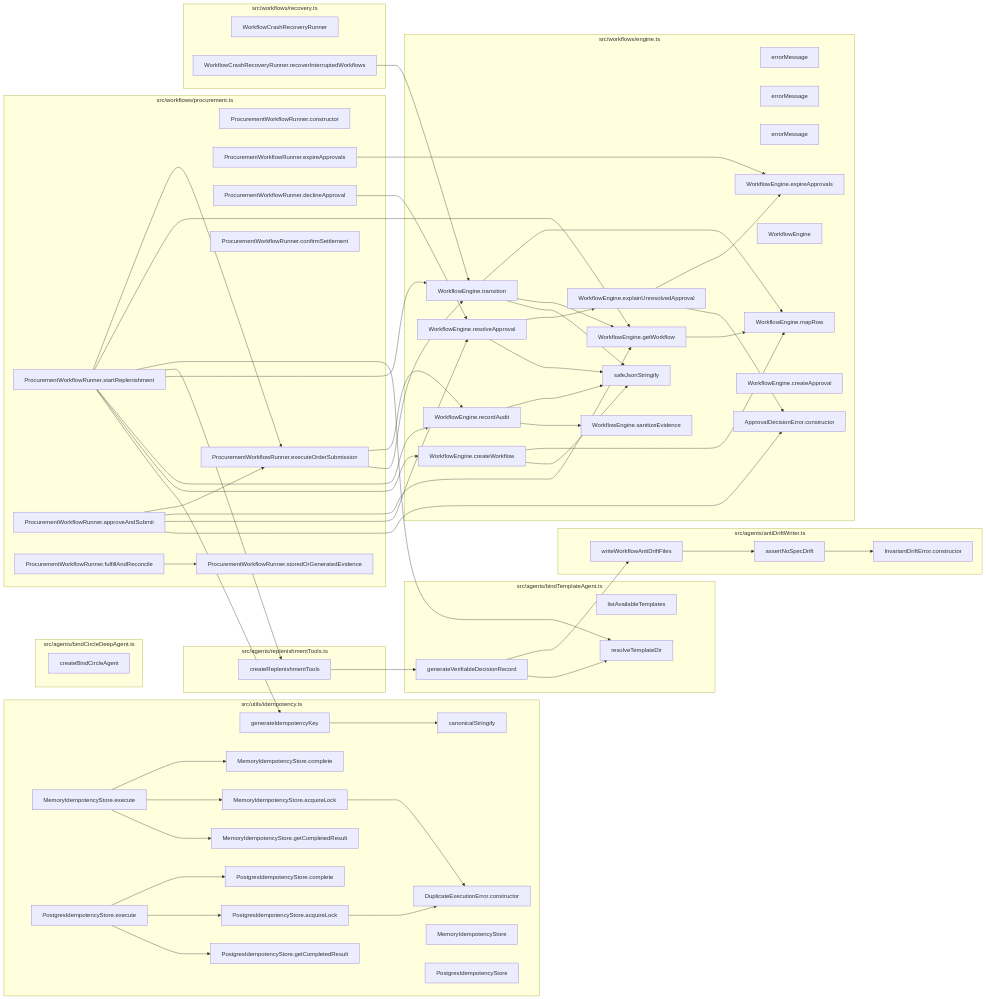
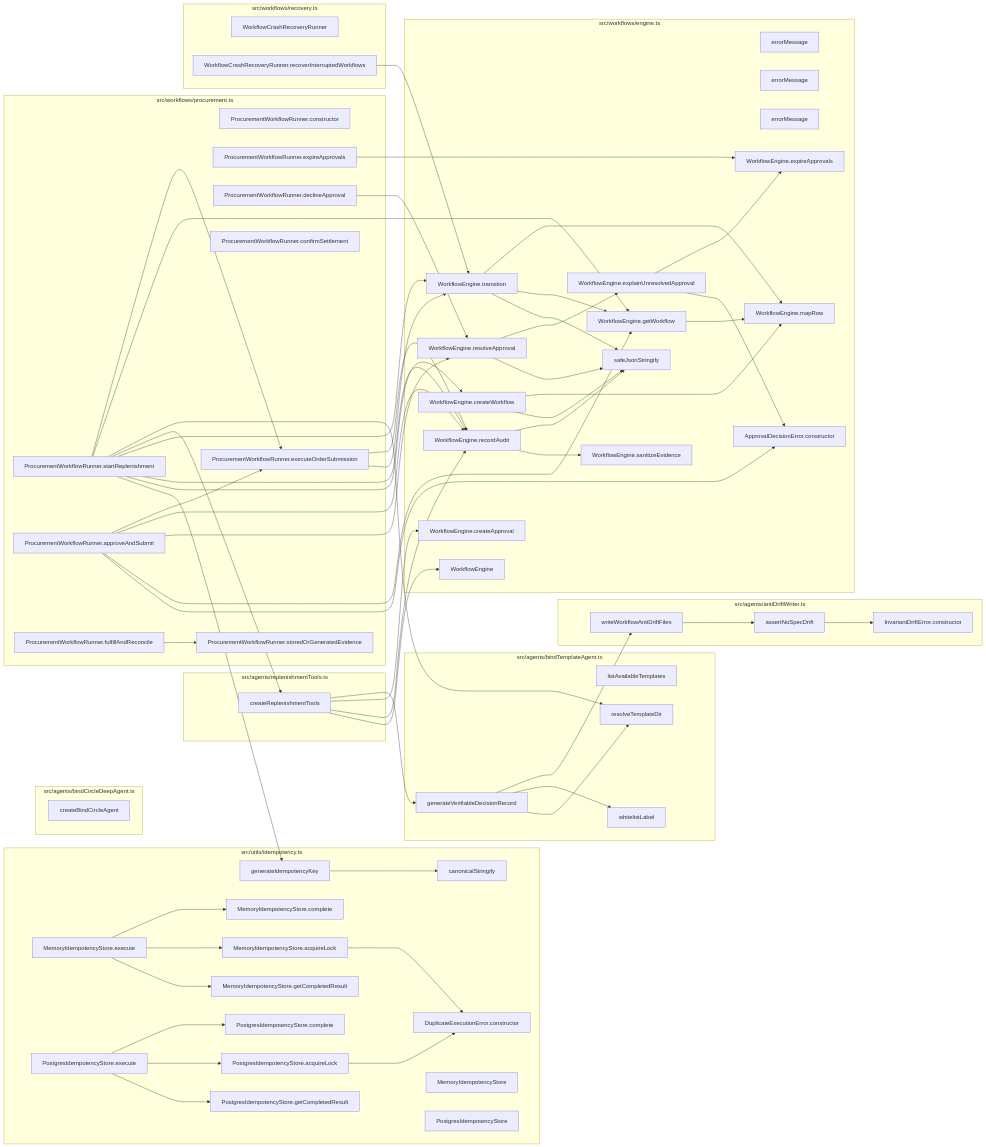
The seventh of 8 diagrams in docs/CODEBASE_MAP.md (Jaydearcadian/bind), drawn with Mermaid before and after one commit. The commit also changed other lines of this file and 17 other files, not shown here.

````diff
--- a/docs/CODEBASE_MAP.md
+++ b/docs/CODEBASE_MAP.md
@@ -479,101 +480,107 @@
   subgraph F2["src/agents/bindTemplateAgent.ts"]
     n79["listAvailableTemplates"]
     n80["resolveTemplateDir"]
-    n81["generateVerifiableDecisionRecord"]
+    n81["whitelistLabel"]
+    n82["generateVerifiableDecisionRecord"]
   end
   subgraph F3["src/agents/replenishmentTools.ts"]
-    n83["createReplenishmentTools"]
+    n84["createReplenishmentTools"]
   end
   subgraph F4["src/utils/idempotency.ts"]
-    n152["DuplicateExecutionError.constructor"]
-    n153["canonicalStringify"]
-    n154["generateIdempotencyKey"]
-    n155["MemoryIdempotencyStore"]
-    n156["MemoryIdempotencyStore.acquireLock"]
-    n157["MemoryIdempotencyStore.complete"]
-    n158["MemoryIdempotencyStore.getCompletedResult"]
-    n159["MemoryIdempotencyStore.execute"]
-    n160["PostgresIdempotencyStore"]
-    n161["PostgresIdempotencyStore.acquireLock"]
-    n162["PostgresIdempotencyStore.complete"]
-    n163["PostgresIdempotencyStore.getCompletedResult"]
-    n164["PostgresIdempotencyStore.execute"]
+    n158["DuplicateExecutionError.constructor"]
+    n159["canonicalStringify"]
+    n160["generateIdempotencyKey"]
+    n161["MemoryIdempotencyStore"]
+    n162["MemoryIdempotencyStore.acquireLock"]
+    n163["MemoryIdempotencyStore.complete"]
+    n164["MemoryIdempotencyStore.getCompletedResult"]
+    n165["MemoryIdempotencyStore.execute"]
+    n166["PostgresIdempotencyStore"]
+    n167["PostgresIdempotencyStore.acquireLock"]
+    n168["PostgresIdempotencyStore.complete"]
+    n169["PostgresIdempotencyStore.getCompletedResult"]
+    n170["PostgresIdempotencyStore.execute"]
   end
   subgraph F5["src/workflows/engine.ts"]
-    n165["safeJsonStringify"]
-    n166["errorMessage"]
-    n167["errorMessage"]
-    n168["errorMessage"]
-    n169["ApprovalDecisionError.constructor"]
-    n170["WorkflowEngine"]
-    n171["WorkflowEngine.mapRow"]
-    n172["WorkflowEngine.createWorkflow"]
-    n173["WorkflowEngine.getWorkflow"]
-    n174["WorkflowEngine.transition"]
-    n175["WorkflowEngine.recordAudit"]
-    n176["WorkflowEngine.createApproval"]
-    n177["WorkflowEngine.resolveApproval"]
-    n178["WorkflowEngine.expireApprovals"]
-    n179["WorkflowEngine.explainUnresolvedApproval"]
-    n180["WorkflowEngine.sanitizeEvidence"]
+    n171["safeJsonStringify"]
+    n172["errorMessage"]
+    n173["errorMessage"]
+    n174["errorMessage"]
+    n175["ApprovalDecisionError.constructor"]
+    n176["WorkflowEngine"]
+    n177["WorkflowEngine.mapRow"]
+    n178["WorkflowEngine.createWorkflow"]
+    n179["WorkflowEngine.getWorkflow"]
+    n180["WorkflowEngine.transition"]
+    n181["WorkflowEngine.recordAudit"]
+    n182["WorkflowEngine.createApproval"]
+    n183["WorkflowEngine.resolveApproval"]
+    n184["WorkflowEngine.expireApprovals"]
+    n185["WorkflowEngine.explainUnresolvedApproval"]
+    n186["WorkflowEngine.sanitizeEvidence"]
   end
   subgraph F6["src/workflows/procurement.ts"]
-    n181["ProcurementWorkflowRunner.constructor"]
-    n182["ProcurementWorkflowRunner.startReplenishment"]
-    n183["ProcurementWorkflowRunner.approveAndSubmit"]
-    n184["ProcurementWorkflowRunner.expireApprovals"]
-    n185["ProcurementWorkflowRunner.declineApproval"]
-    n186["ProcurementWorkflowRunner.executeOrderSubmission"]
-    n187["ProcurementWorkflowRunner.fulfillAndReconcile"]
-    n188["ProcurementWorkflowRunner.confirmSettlement"]
-    n189["ProcurementWorkflowRunner.storedOrGeneratedEvidence"]
+    n187["ProcurementWorkflowRunner.constructor"]
+    n188["ProcurementWorkflowRunner.startReplenishment"]
+    n189["ProcurementWorkflowRunner.approveAndSubmit"]
+    n190["ProcurementWorkflowRunner.expireApprovals"]
+    n191["ProcurementWorkflowRunner.declineApproval"]
+    n192["ProcurementWorkflowRunner.executeOrderSubmission"]
+    n193["ProcurementWorkflowRunner.fulfillAndReconcile"]
+    n194["ProcurementWorkflowRunner.confirmSettlement"]
+    n195["ProcurementWorkflowRunner.storedOrGeneratedEvidence"]
   end
   subgraph F7["src/workflows/recovery.ts"]
-    n190["WorkflowCrashRecoveryRunner"]
-    n191["WorkflowCrashRecoveryRunner.recoverInterruptedWorkflows"]
+    n196["WorkflowCrashRecoveryRunner"]
+    n197["WorkflowCrashRecoveryRunner.recoverInterruptedWorkflows"]
   end
   n76 --> n75
   n77 --> n76
-  n81 --> n80
-  n81 --> n77
-  n83 --> n81
-  n154 --> n153
-  n156 --> n152
-  n159 --> n158
-  n159 --> n156
-  n159 --> n157
-  n161 --> n152
-  n164 --> n163
-  n164 --> n161
-  n164 --> n162
-  n172 --> n165
-  n172 --> n171
-  n173 --> n171
-  n174 --> n165
-  n174 --> n173
-  n174 --> n171
-  n175 --> n180
-  n175 --> n165
-  n177 --> n165
-  n177 --> n179
-  n179 --> n169
-  n179 --> n178
-  n182 --> n154
-  n182 --> n172
-  n182 --> n175
-  n182 --> n174
-  n182 --> n83
-  n182 --> n80
-  n182 --> n173
-  n182 --> n186
-  n183 --> n169
-  n183 --> n177
-  n183 --> n173
-  n183 --> n186
-  n184 --> n178
-  n185 --> n177
-  n186 --> n174
-  n186 --> n175
-  n187 --> n189
-  n191 --> n174
+  n82 --> n80
+  n82 --> n81
+  n82 --> n77
+  n84 --> n176
+  n84 --> n181
+  n84 --> n182
+  n84 --> n82
+  n160 --> n159
+  n162 --> n158
+  n165 --> n164
+  n165 --> n162
+  n165 --> n163
+  n167 --> n158
+  n170 --> n169
+  n170 --> n167
+  n170 --> n168
+  n178 --> n171
+  n178 --> n177
+  n179 --> n177
+  n180 --> n171
+  n180 --> n179
+  n180 --> n177
+  n181 --> n186
+  n181 --> n171
+  n183 --> n171
+  n183 --> n185
+  n185 --> n175
+  n185 --> n184
+  n188 --> n160
+  n188 --> n178
+  n188 --> n181
+  n188 --> n180
+  n188 --> n84
+  n188 --> n80
+  n188 --> n179
+  n188 --> n192
+  n189 --> n175
+  n189 --> n179
+  n189 --> n183
+  n189 --> n181
+  n189 --> n192
+  n190 --> n184
+  n191 --> n183
+  n192 --> n180
+  n192 --> n181
+  n193 --> n195
+  n197 --> n180
 ```
````
